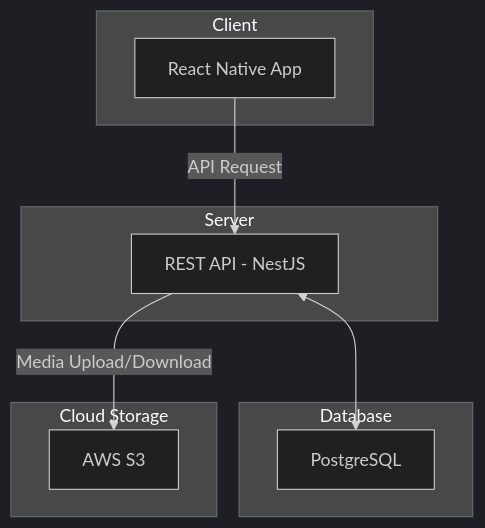
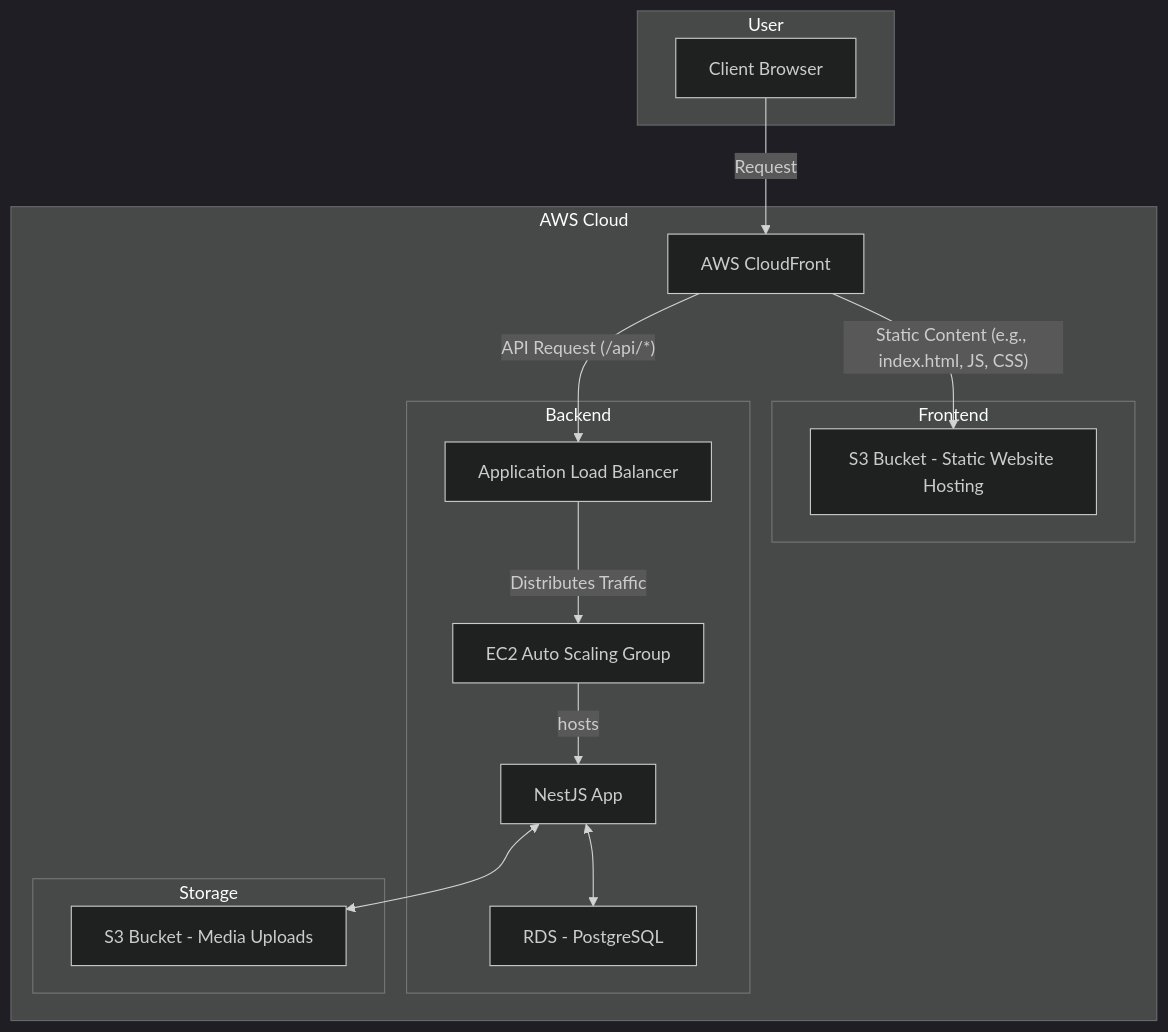
The diagram in README.md (yomce/Recho), drawn with Mermaid (dark theme) before and after one commit.

````diff
--- a/README.md
+++ b/README.md
@@ -67,22 +67,33 @@
 ```mermaid
 graph TD
-    subgraph Client
-        A[React Native App]
+    subgraph "User"
+        A[Client Browser]
     end
 
-    subgraph Server
-        B[REST API - NestJS]
+    subgraph "AWS Cloud"
+        B[AWS CloudFront]
+
+        subgraph "Frontend"
+            C[S3 Bucket - Static Website Hosting]
+        end
+
+        subgraph "Backend"
+            D[Application Load Balancer]
+            E[EC2 Auto Scaling Group]
+            F[NestJS App]
+            G[RDS - PostgreSQL]
+        end
+
+        subgraph "Storage"
+            H[S3 Bucket - Media Uploads]
+        end
     end
 
-    subgraph Database
-        C[PostgreSQL]
-    end
-
-    subgraph Cloud Storage
-        D[AWS S3]
-    end
-
-    A -- API Request --> B
-    B <--> C
-    B -- Media Upload/Download --> D
+    A -- Request --> B
+    B -- Static Content (e.g., index.html, JS, CSS) --> C
+    B -- API Request (/api/*) --> D
+    D -- Distributes Traffic --> E
+    E -- hosts --> F
+    F <--> G
+    F <--> H
 ```
````
